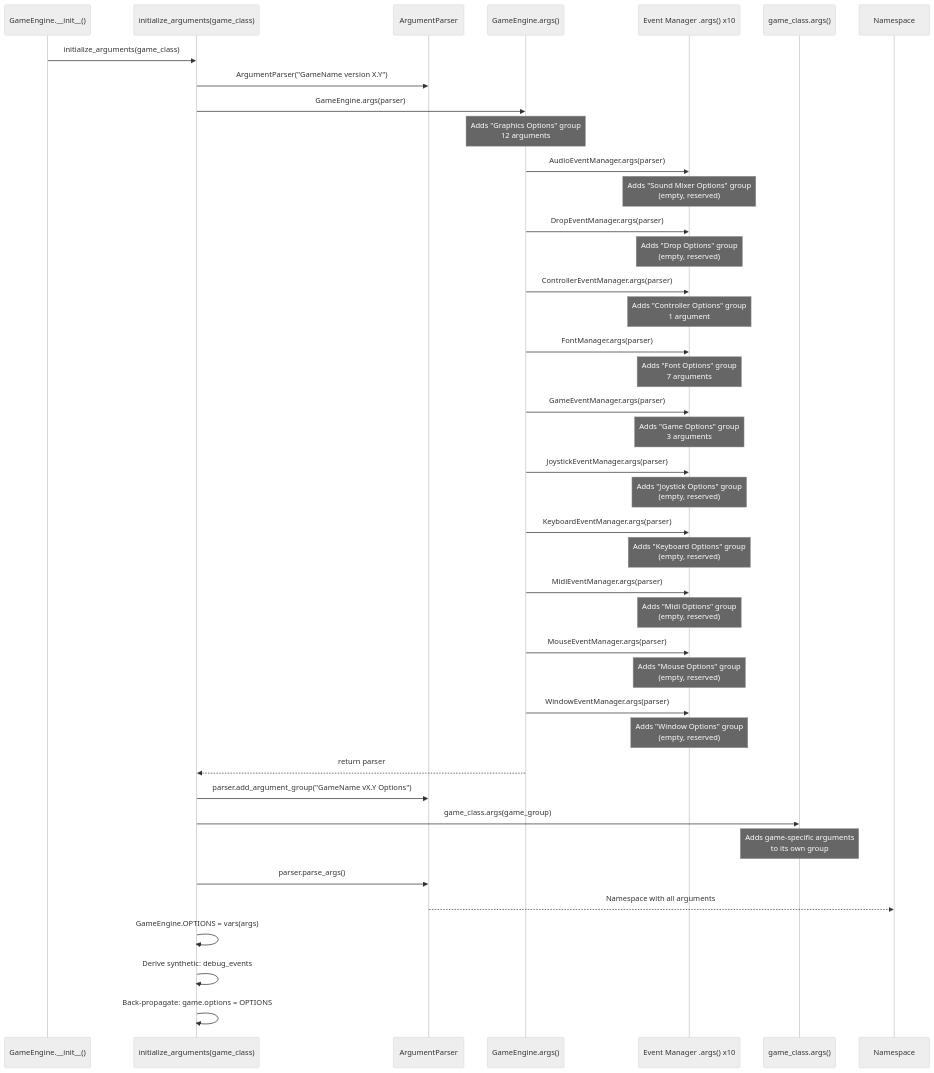
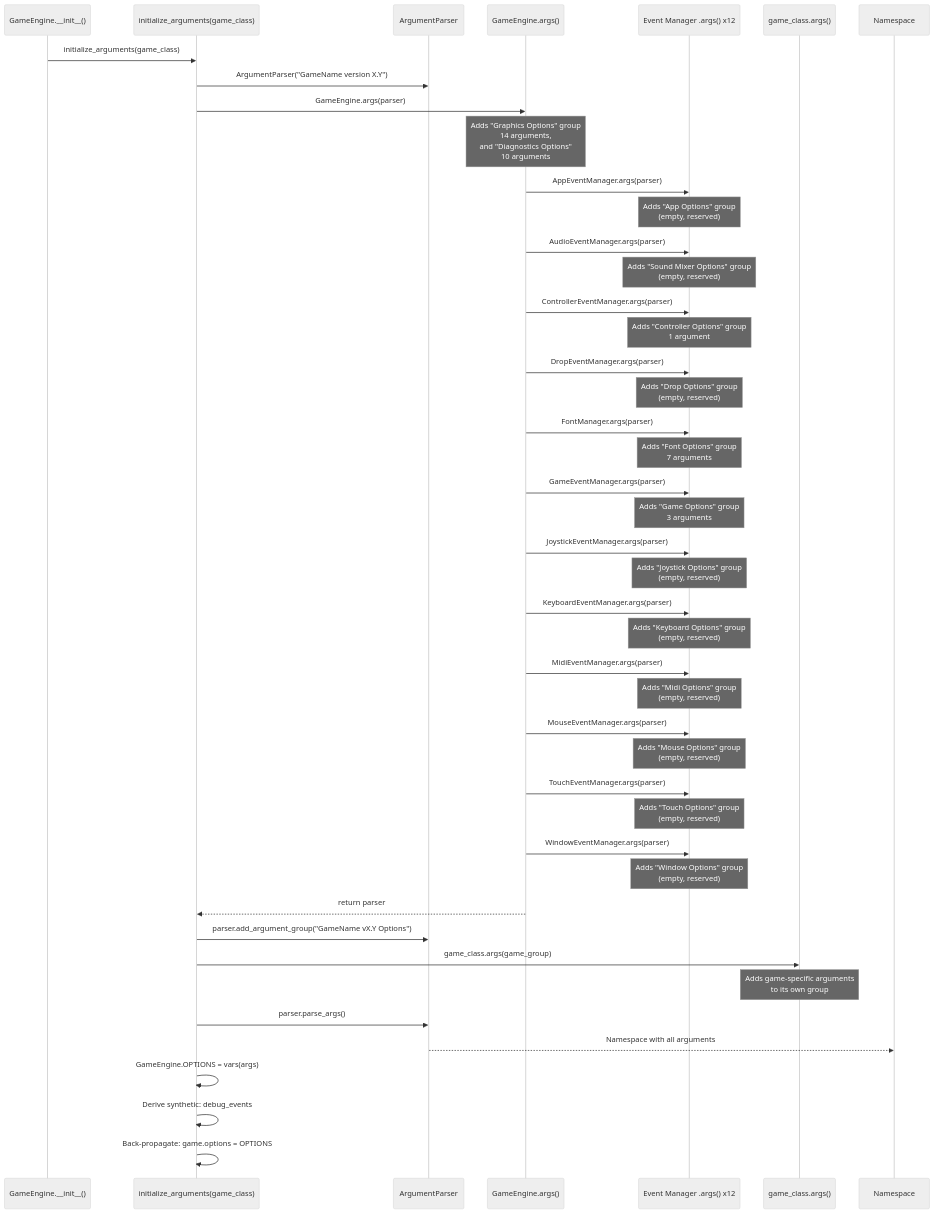
The first of 4 diagrams in docs/architecture/argument_system.md (terrysimons/glitchygames), drawn with Mermaid (neutral theme) before and after one commit. The commit also changed other lines of this file and 271 other files, not shown here.

````diff
--- a/docs/architecture/argument_system.md
+++ b/docs/architecture/argument_system.md
@@ -13,58 +13,64 @@
 ```mermaid
 sequenceDiagram
     participant GE as GameEngine.__init__()
     participant IA as initialize_arguments(game_class)
     participant AP as ArgumentParser
     participant ENGINE as GameEngine.args()
-    participant MGR as Event Manager .args() x10
+    participant MGR as Event Manager .args() x12
     participant GAME as game_class.args()
     participant NS as Namespace
 
     GE->>IA: initialize_arguments(game_class)
     IA->>AP: ArgumentParser("GameName version X.Y")
     IA->>ENGINE: GameEngine.args(parser)
 
-    Note over ENGINE: Adds "Graphics Options" group<br/>12 arguments
+    Note over ENGINE: Adds "Graphics Options" group<br/>14 arguments,<br/>and "Diagnostics Options"<br/>10 arguments
+
+    ENGINE->>MGR: AppEventManager.args(parser)
+    Note over MGR: Adds "App Options" group<br/>(empty, reserved)
 
     ENGINE->>MGR: AudioEventManager.args(parser)
     Note over MGR: Adds "Sound Mixer Options" group<br/>(empty, reserved)
 
+    ENGINE->>MGR: ControllerEventManager.args(parser)
+    Note over MGR: Adds "Controller Options" group<br/>1 argument
+
     ENGINE->>MGR: DropEventManager.args(parser)
     Note over MGR: Adds "Drop Options" group<br/>(empty, reserved)
-
-    ENGINE->>MGR: ControllerEventManager.args(parser)
-    Note over MGR: Adds "Controller Options" group<br/>1 argument
 
     ENGINE->>MGR: FontManager.args(parser)
     Note over MGR: Adds "Font Options" group<br/>7 arguments
 
     ENGINE->>MGR: GameEventManager.args(parser)
     Note over MGR: Adds "Game Options" group<br/>3 arguments
 
     ENGINE->>MGR: JoystickEventManager.args(parser)
     Note over MGR: Adds "Joystick Options" group<br/>(empty, reserved)
 
     ENGINE->>MGR: KeyboardEventManager.args(parser)
     Note over MGR: Adds "Keyboard Options" group<br/>(empty, reserved)
 
     ENGINE->>MGR: MidiEventManager.args(parser)
     Note over MGR: Adds "Midi Options" group<br/>(empty, reserved)
 
     ENGINE->>MGR: MouseEventManager.args(parser)
     Note over MGR: Adds "Mouse Options" group<br/>(empty, reserved)
 
+    ENGINE->>MGR: TouchEventManager.args(parser)
+    Note over MGR: Adds "Touch Options" group<br/>(empty, reserved)
+
     ENGINE->>MGR: WindowEventManager.args(parser)
     Note over MGR: Adds "Window Options" group<br/>(empty, reserved)
 
     ENGINE-->>IA: return parser
 
     IA->>AP: parser.add_argument_group("GameName vX.Y Options")
     IA->>GAME: game_class.args(game_group)
     Note over GAME: Adds game-specific arguments<br/>to its own group
 
     IA->>AP: parser.parse_args()
     AP-->>NS: Namespace with all arguments
     IA->>IA: GameEngine.OPTIONS = vars(args)
     IA->>IA: Derive synthetic: debug_events
     IA->>IA: Back-propagate: game.options = OPTIONS
 ```
````
